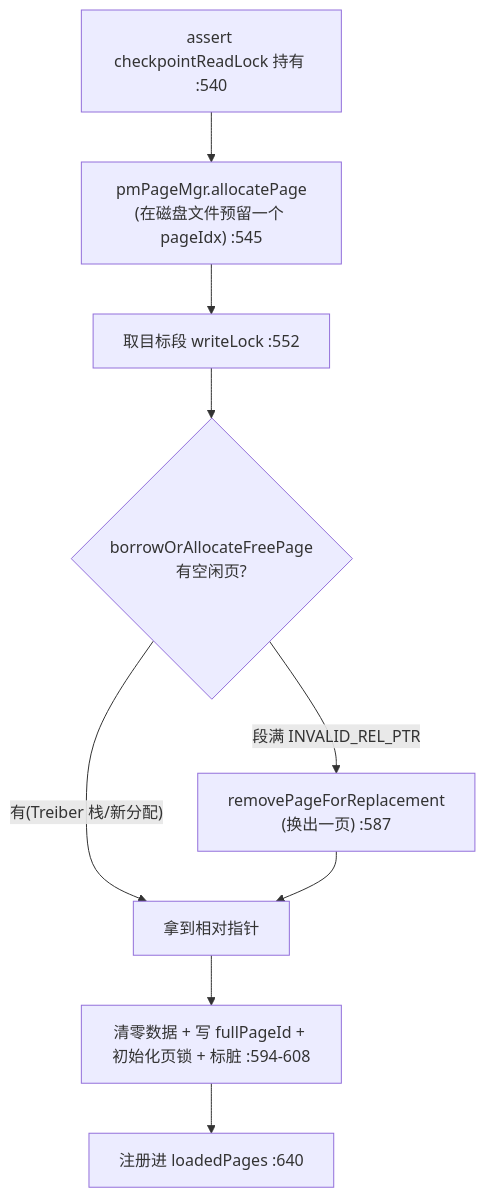
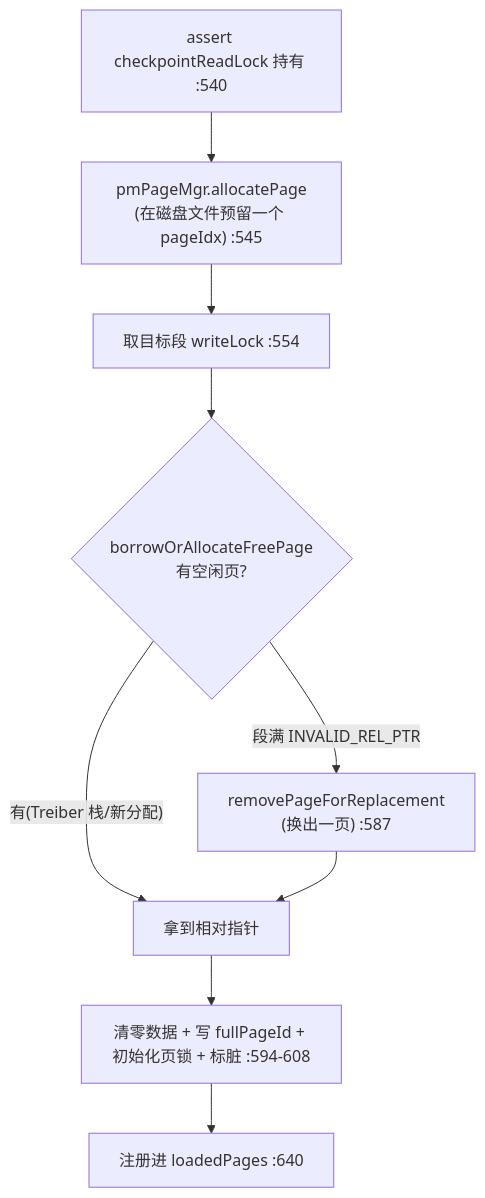
The second of 14 diagrams in docs-research/03-ignite-storage-layer.md (XianReallyHot-ZZH/Ignite-Research), drawn with Mermaid before and after one commit. The commit also changed other lines of this file and 3 other files, not shown here.

````diff
--- a/docs-research/03-ignite-storage-layer.md
+++ b/docs-research/03-ignite-storage-layer.md
@@ -162,11 +162,11 @@
 ```mermaid
 flowchart TD
     A["assert checkpointReadLock 持有 :540"] --> B["pmPageMgr.allocatePage<br/>(在磁盘文件预留一个 pageIdx) :545"]
-    B --> C["取目标段 writeLock :552"]
+    B --> C["取目标段 writeLock :554"]
     C --> D{"borrowOrAllocateFreePage<br/>有空闲页?"}
     D -->|"有(Treiber 栈/新分配)"| E["拿到相对指针"]
     D -->|"段满 INVALID_REL_PTR"| F["removePageForReplacement<br/>(换出一页) :587"]
     F --> E
     E --> G["清零数据 + 写 fullPageId + 初始化页锁 + 标脏 :594-608"]
     G --> H["注册进 loadedPages :640"]
 ```
````
